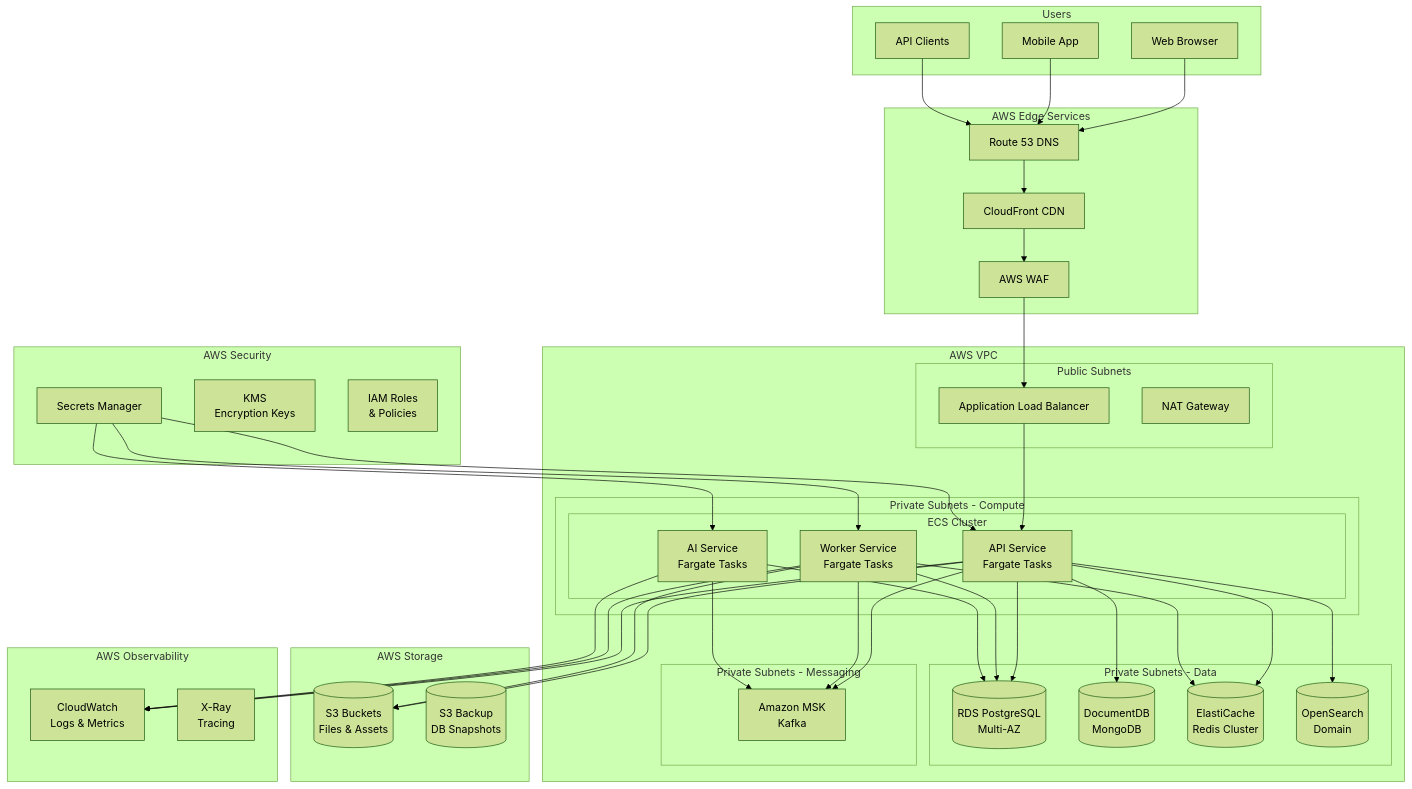
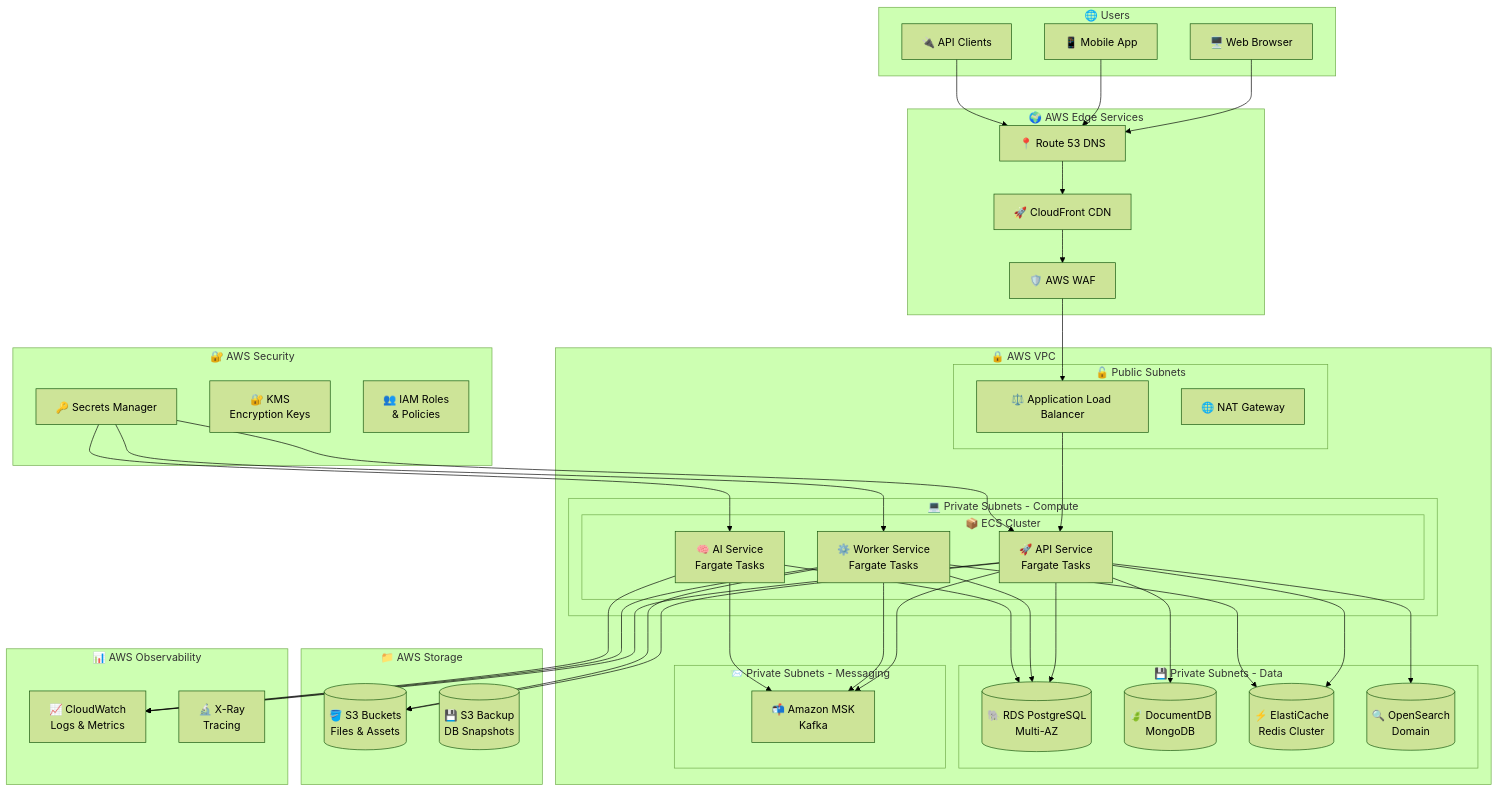
Before and after one commit to dhananjay-jadhav/Learning-resources: the first of 4 diagrams in PortFolio Project Functional Requirements/09-Shared-Infrastructure-Guide.md, drawn with Mermaid (forest theme). The commit also changed other lines of this file and 2 other files, not shown here.

````diff
--- a/PortFolio Project Functional Requirements/09-Shared-Infrastructure-Guide.md
+++ b/PortFolio Project Functional Requirements/09-Shared-Infrastructure-Guide.md
@@ -136,57 +146,57 @@
 ```mermaid
 graph TB
-    subgraph "Users"
-        Web[Web Browser]
-        Mobile[Mobile App]
-        API_Client[API Clients]
+    subgraph "🌐 Users"
+        Web[🖥️ Web Browser]
+        Mobile[📱 Mobile App]
+        API_Client[🔌 API Clients]
     end
 
-    subgraph "AWS Edge Services"
-        R53[Route 53 DNS]
-        CF[CloudFront CDN]
-        WAF[AWS WAF]
+    subgraph "🌍 AWS Edge Services"
+        R53[📍 Route 53 DNS]
+        CF[🚀 CloudFront CDN]
+        WAF[🛡️ AWS WAF]
     end
 
-    subgraph "AWS VPC"
-        subgraph "Public Subnets"
-            ALB[Application Load Balancer]
-            NAT[NAT Gateway]
+    subgraph "🔒 AWS VPC"
+        subgraph "🔓 Public Subnets"
+            ALB[⚖️ Application Load Balancer]
+            NAT[🌐 NAT Gateway]
         end
 
-        subgraph "Private Subnets - Compute"
-            subgraph "ECS Cluster"
-                API[API Service<br/>Fargate Tasks]
-                Worker[Worker Service<br/>Fargate Tasks]
-                AI[AI Service<br/>Fargate Tasks]
+        subgraph "💻 Private Subnets - Compute"
+            subgraph "📦 ECS Cluster"
+                API[🚀 API Service<br/>Fargate Tasks]
+                Worker[⚙️ Worker Service<br/>Fargate Tasks]
+                AI[🧠 AI Service<br/>Fargate Tasks]
             end
         end
 
-        subgraph "Private Subnets - Data"
-            RDS[(RDS PostgreSQL<br/>Multi-AZ)]
-            DocDB[(DocumentDB<br/>MongoDB)]
-            ElastiCache[(ElastiCache<br/>Redis Cluster)]
-            OpenSearch[(OpenSearch<br/>Domain)]
+        subgraph "💾 Private Subnets - Data"
+            RDS[(🐘 RDS PostgreSQL<br/>Multi-AZ)]
+            DocDB[(🍃 DocumentDB<br/>MongoDB)]
+            ElastiCache[(⚡ ElastiCache<br/>Redis Cluster)]
+            OpenSearch[(🔍 OpenSearch<br/>Domain)]
         end
 
-        subgraph "Private Subnets - Messaging"
-            MSK[Amazon MSK<br/>Kafka]
+        subgraph "📨 Private Subnets - Messaging"
+            MSK[📬 Amazon MSK<br/>Kafka]
         end
     end
 
-    subgraph "AWS Storage"
-        S3[(S3 Buckets<br/>Files & Assets)]
-        S3_Backup[(S3 Backup<br/>DB Snapshots)]
+    subgraph "📁 AWS Storage"
+        S3[(🪣 S3 Buckets<br/>Files & Assets)]
+        S3_Backup[(💾 S3 Backup<br/>DB Snapshots)]
     end
 
-    subgraph "AWS Security"
-        SM[Secrets Manager]
-        KMS[KMS<br/>Encryption Keys]
-        IAM[IAM Roles<br/>& Policies]
+    subgraph "🔐 AWS Security"
+        SM[🔑 Secrets Manager]
+        KMS[🔐 KMS<br/>Encryption Keys]
+        IAM[👥 IAM Roles<br/>& Policies]
     end
 
-    subgraph "AWS Observability"
-        CW[CloudWatch<br/>Logs & Metrics]
-        XRay[X-Ray<br/>Tracing]
+    subgraph "📊 AWS Observability"
+        CW[📈 CloudWatch<br/>Logs & Metrics]
+        XRay[🔬 X-Ray<br/>Tracing]
     end
 
     Web --> R53
````
